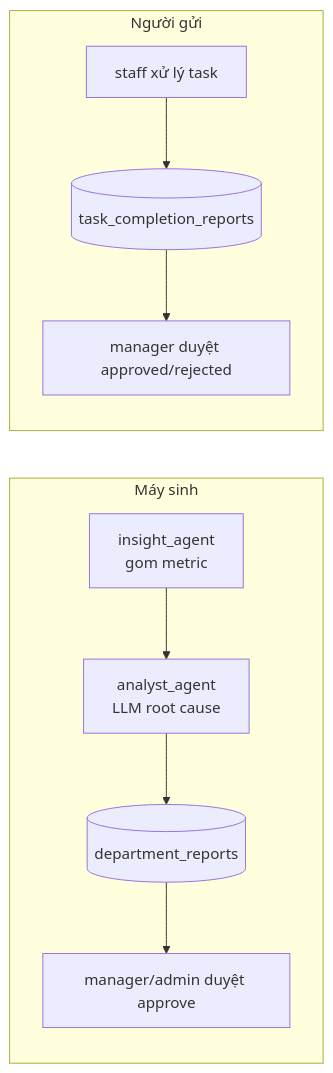
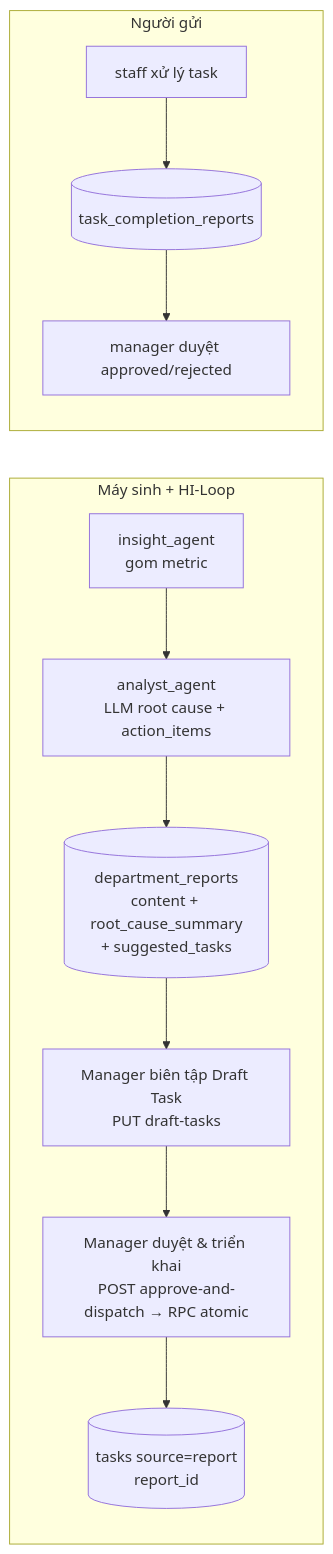
One commit to Kez-DE/AI-Quality-Intelligence-Platform changed the fifth of 5 diagrams in docs/project/co_che.md. Above: the diagram before and after it, drawn with Mermaid. The commit also changed other lines of this file and 7 other files, not shown here.

````diff
--- a/docs/project/co_che.md
+++ b/docs/project/co_che.md
@@ -327,12 +351,14 @@
 ```mermaid
 flowchart LR
-    subgraph Máy sinh
-        IA[insight_agent<br/>gom metric] --> AA[analyst_agent<br/>LLM root cause]
-        AA --> DR[(department_reports)]
-        DR --> MA1[manager/admin duyệt approve]
+    subgraph Máy sinh + HI-Loop
+        IA[insight_agent<br/>gom metric] --> AA[analyst_agent<br/>LLM root cause + action_items]
+        AA --> DR[(department_reports<br/>content + root_cause_summary<br/>+ suggested_tasks)]
+        DR --> ED[Manager biên tập Draft Task<br/>PUT draft-tasks]
+        ED --> AP[Manager duyệt & triển khai<br/>POST approve-and-dispatch → RPC atomic]
+        AP --> TK[(tasks source=report<br/>report_id)]
     end
     subgraph Người gửi
         ST[staff xử lý task] --> TCR[(task_completion_reports)]
         TCR --> MA2[manager duyệt approved/rejected]
     end
 ```
````
